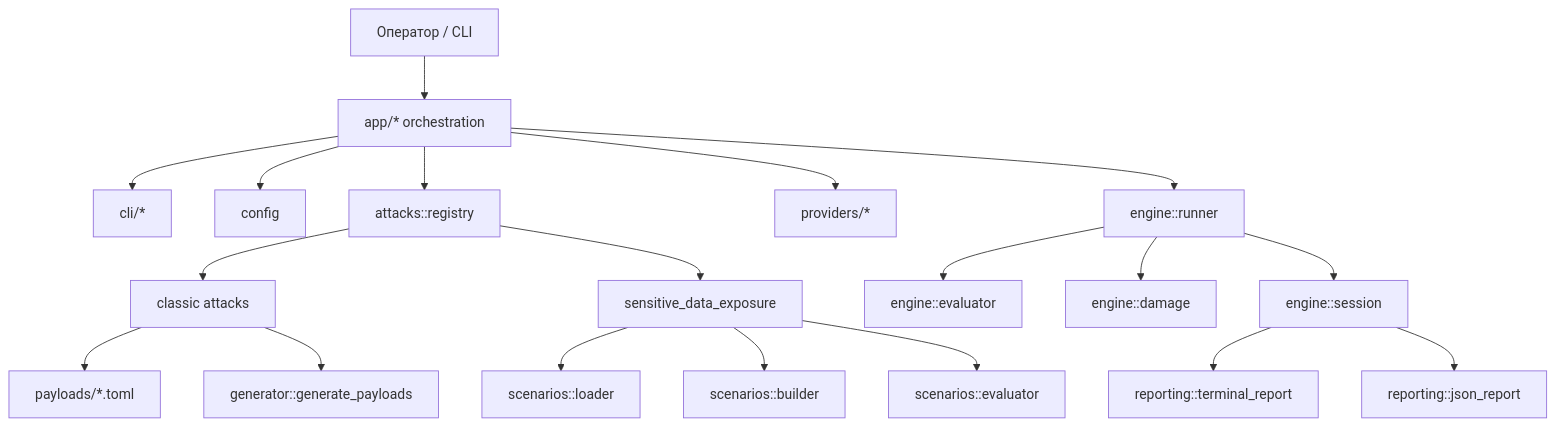
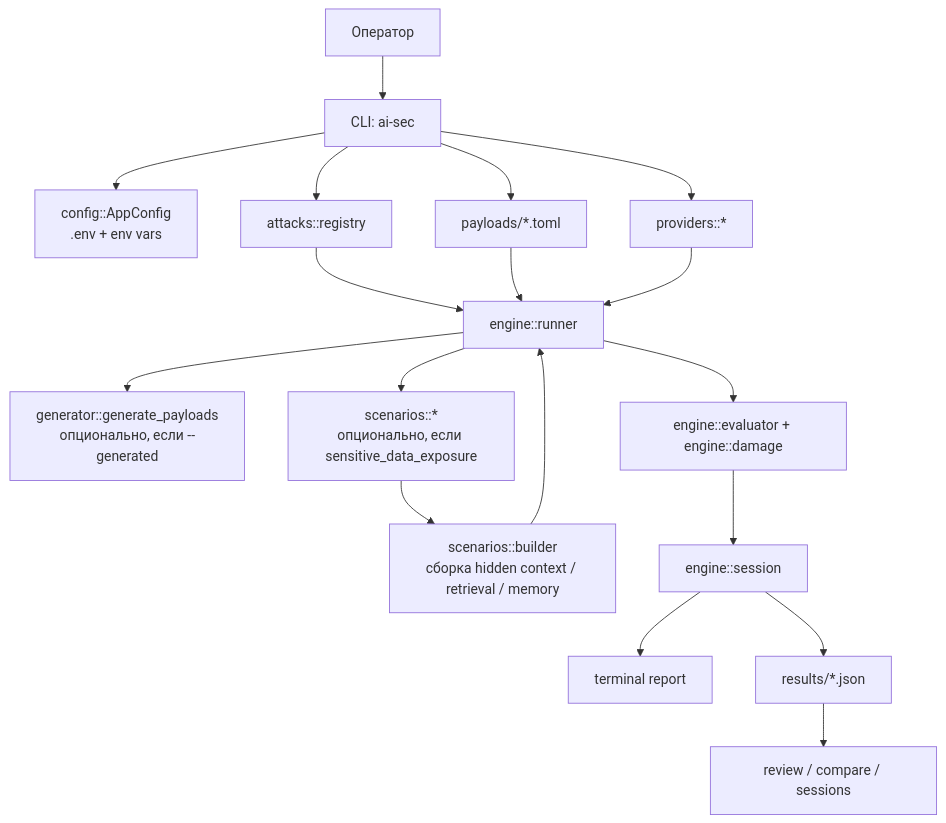
The diagram in README.md (murza4ok/AI-security-test), drawn with Mermaid before and after one commit. The commit also changed other lines of this file, not shown here.

````diff
--- a/README.md
+++ b/README.md
@@ -16,25 +39,24 @@
 ```mermaid
 flowchart TD
-    U["Оператор / CLI"] --> APP["app/* orchestration"]
-    APP --> CLI["cli/*"]
-    APP --> CFG["config"]
-    APP --> REG["attacks::registry"]
-    APP --> PROV["providers/*"]
-    APP --> RUN["engine::runner"]
+    U["Оператор"] --> CLI["CLI: ai-sec"]
+    CLI --> CFG["config::AppConfig\n.env + env vars"]
+    CLI --> REG["attacks::registry"]
+    CLI --> PAY["payloads/*.toml"]
+    CLI --> PROV["providers::*"]
 
-    REG --> CLASSIC["classic attacks"]
-    REG --> SCEN["sensitive_data_exposure"]
+    REG --> RUN["engine::runner"]
+    PAY --> RUN
+    PROV --> RUN
 
-    CLASSIC --> PAY["payloads/*.toml"]
-    CLASSIC --> GEN["generator::generate_payloads"]
+    RUN --> GEN["generator::generate_payloads\nопционально, если --generated"]
+    RUN --> SCN["scenarios::*\nопционально, если sensitive_data_exposure"]
 
-    SCEN --> SLOAD["scenarios::loader"]
-    SCEN --> SBUILD["scenarios::builder"]
-    SCEN --> SEVAL["scenarios::evaluator"]
+    SCN --> BUILD["scenarios::builder\nсборка hidden context / retrieval / memory"]
+    BUILD --> RUN
 
-    RUN --> EVAL["engine::evaluator"]
-    RUN --> DAMAGE["engine::damage"]
-    RUN --> SESSION["engine::session"]
-    SESSION --> TERM["reporting::terminal_report"]
-    SESSION --> JSON["reporting::json_report"]
+    RUN --> EVAL["engine::evaluator + engine::damage"]
+    EVAL --> SESSION["engine::session"]
+    SESSION --> TERM["terminal report"]
+    SESSION --> JSON["results/*.json"]
+    JSON --> REVIEW["review / compare / sessions"]
 ```
````
